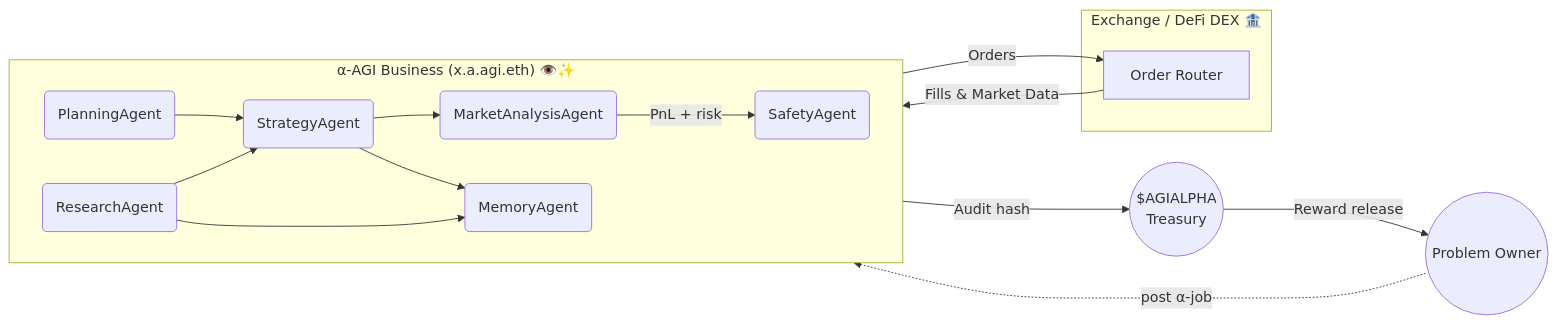
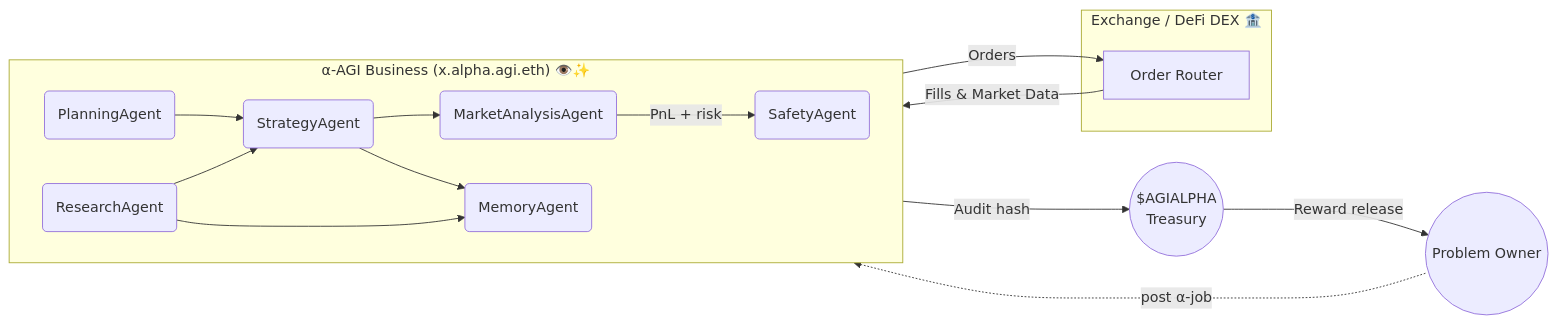
The diagram in alpha_factory_v1/demos/alpha_agi_business_v1/README.md (MontrealAI/AGI-Alpha-Agent-v0), drawn with Mermaid before and after one commit. The commit also changed other lines of this file and 17 other files, not shown here.

Commit message:
docs: update ENS schema references

````diff
--- a/alpha_factory_v1/demos/alpha_agi_business_v1/README.md
+++ b/alpha_factory_v1/demos/alpha_agi_business_v1/README.md
@@ -85,31 +85,31 @@
 ```mermaid
 flowchart LR
-  subgraph "α‑AGI Business (x.a.agi.eth) 👁️✨"
+  subgraph "α‑AGI Business (x.alpha.agi.eth) 👁️✨"
     direction LR
     P(PlanningAgent)
     R(ResearchAgent)
     S(StrategyAgent)
     M(MarketAnalysisAgent)
     T(MemoryAgent)
     F(SafetyAgent)
     P --> S
     R --> S
     S --> M
     M -->|PnL + risk| F
     S --> T
     R --> T
   end
 
   subgraph Broker["Exchange / DeFi DEX 🏦"]
     E[Order Router]
   end
 
   Client((Problem Owner))
   Treasury(($AGIALPHA\nTreasury))
 
   Client -. post α‑job .-> P
   S -->|Orders| E
   E -->|Fills & Market Data| M
   F -->|Audit hash| Treasury
   Treasury -->|Reward release| Client
 ```
````
